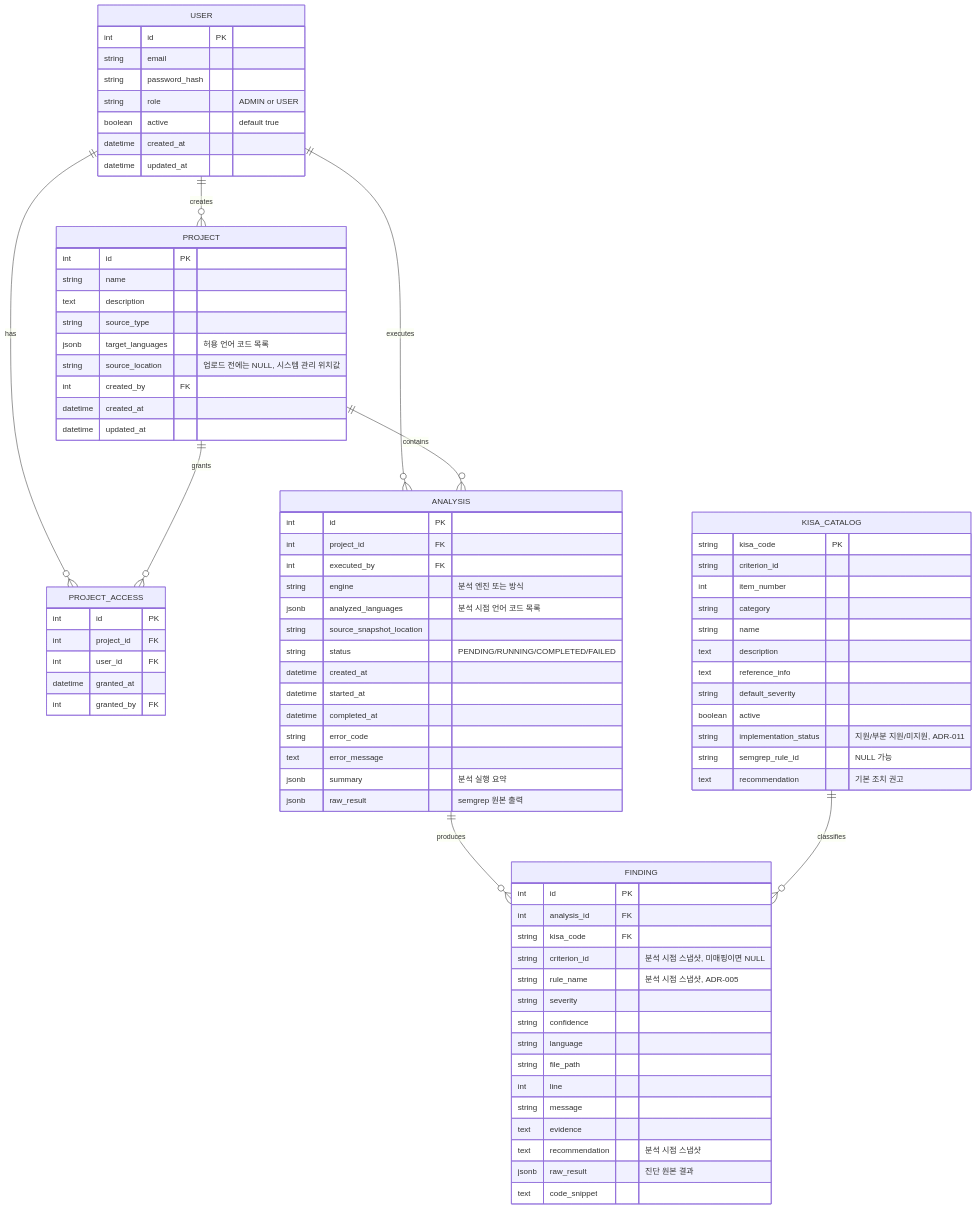
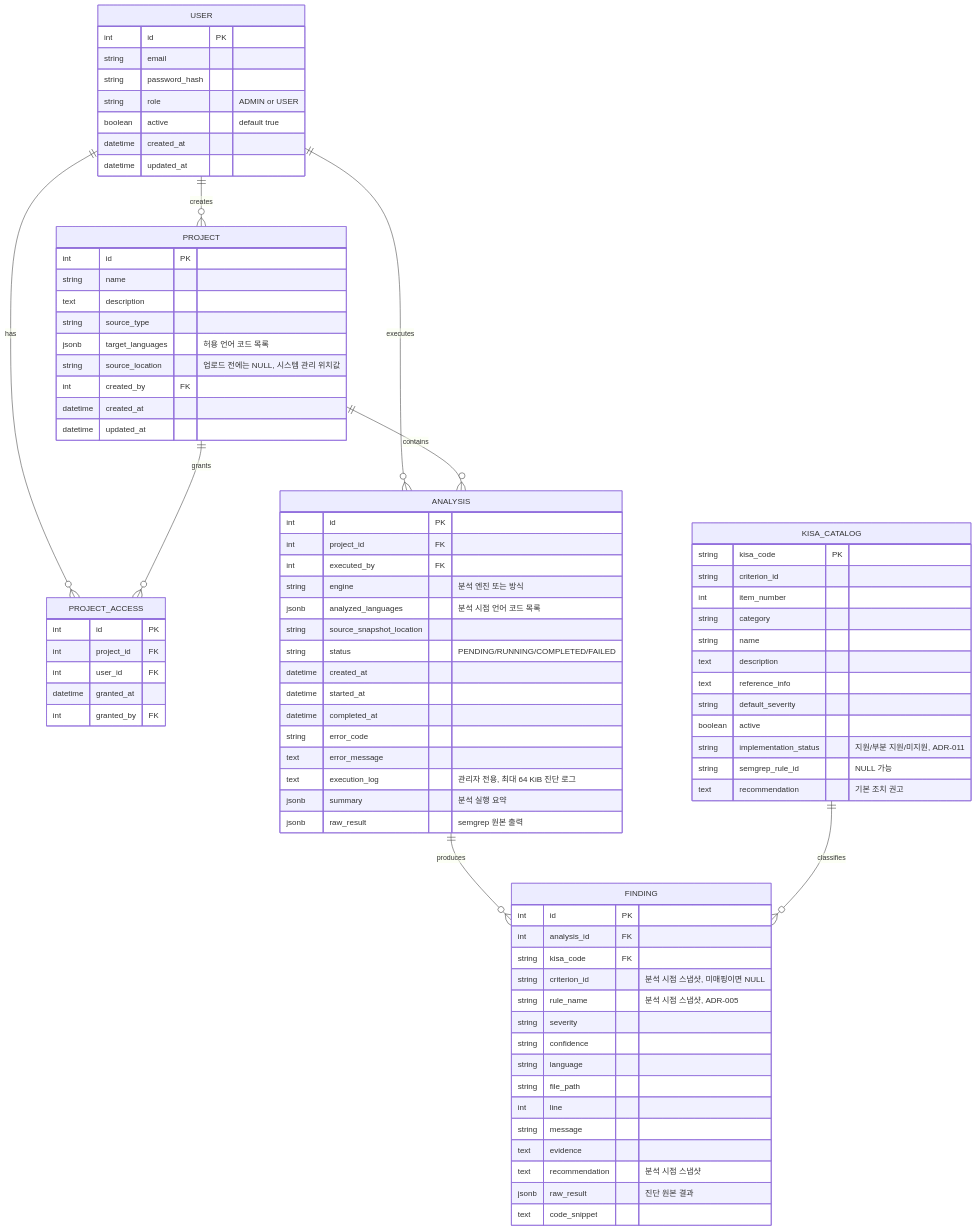
Before and after one commit to nYeonG4001/secscan: the diagram in docs/erd.md, drawn with Mermaid. The commit also changed other lines of this file and 12 other files, not shown here.

```diff
--- a/docs/erd.md
+++ b/docs/erd.md
@@ -52,6 +52,7 @@
         datetime completed_at
         string error_code
         text error_message
+        text execution_log "관리자 전용, 최대 64 KiB 진단 로그"
         jsonb summary "분석 실행 요약"
         jsonb raw_result "semgrep 원본 출력"
     }
```
